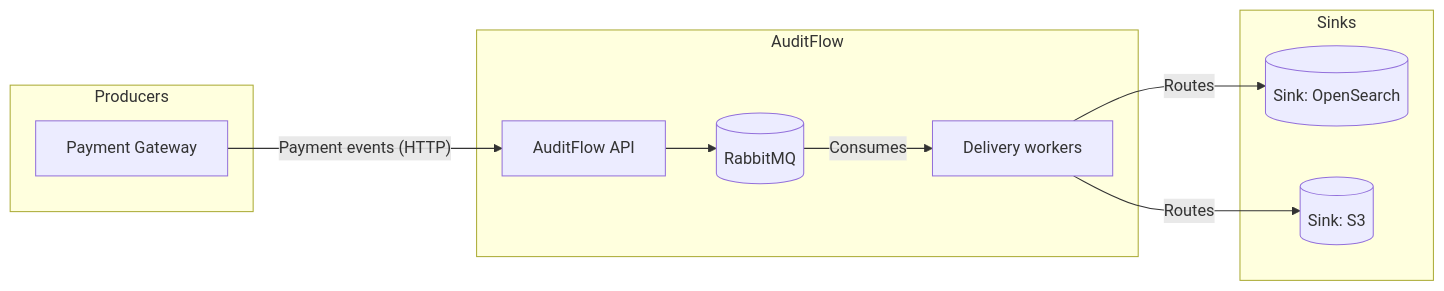
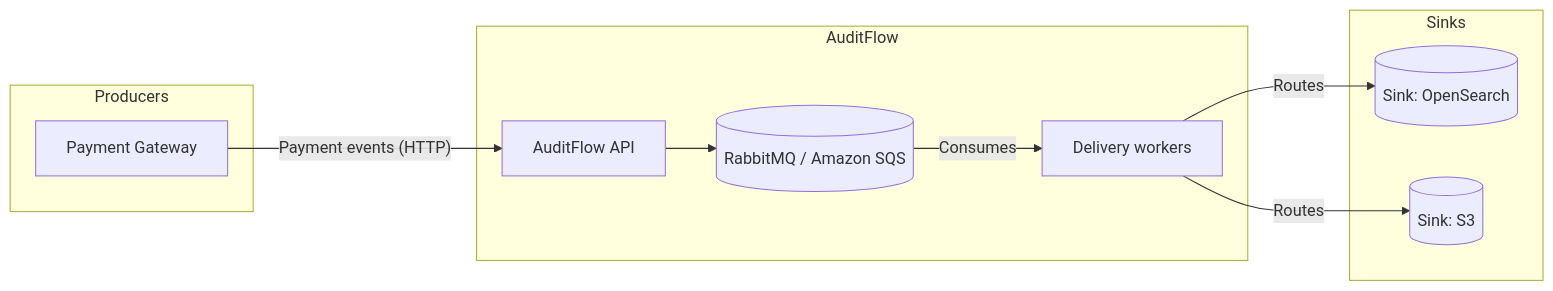
The second of 5 diagrams in introduction/architecture.md (Labs64/labs64.io-docs), drawn with Mermaid before and after one commit. The commit also changed other lines of this file and 7 other files, not shown here.

Commit message:
Enable AWS SQS additionally to the RabbitMQ as broker

````diff
--- a/introduction/architecture.md
+++ b/introduction/architecture.md
@@ -50,23 +50,23 @@
 ```mermaid
 flowchart LR
     subgraph Producers
         PG[Payment Gateway]
     end
     
     subgraph AuditFlow
         API[AuditFlow API]
-        MQ[(RabbitMQ)]
+        MQ[(RabbitMQ / Amazon SQS)]
         AF[Delivery workers]
     end
     
     subgraph Sinks
         SINK1[(Sink: OpenSearch)]
         SINK2[(Sink: S3)]
     end
 
     PG -->|"Payment events (HTTP)"| API
     API --> MQ
     MQ -->|"Consumes"| AF
     AF -->|"Routes"| SINK1
     AF -->|"Routes"| SINK2
 ```
````
